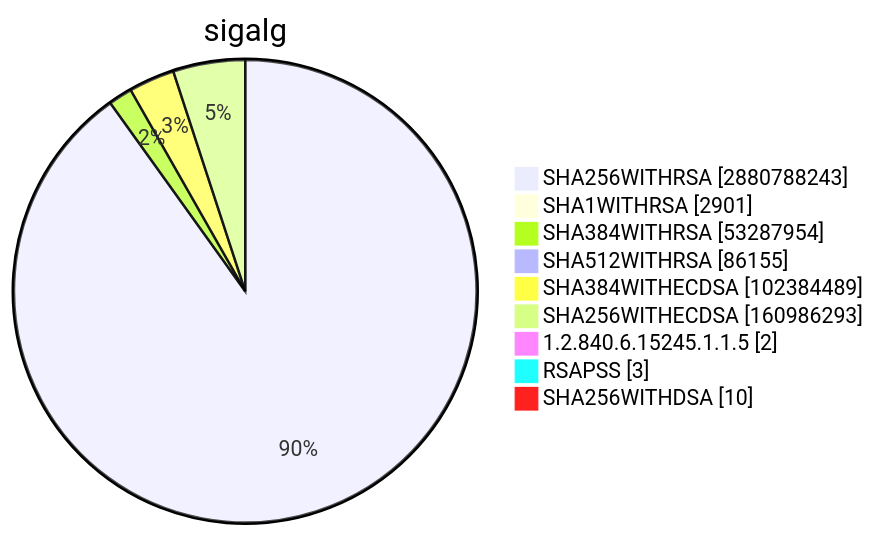
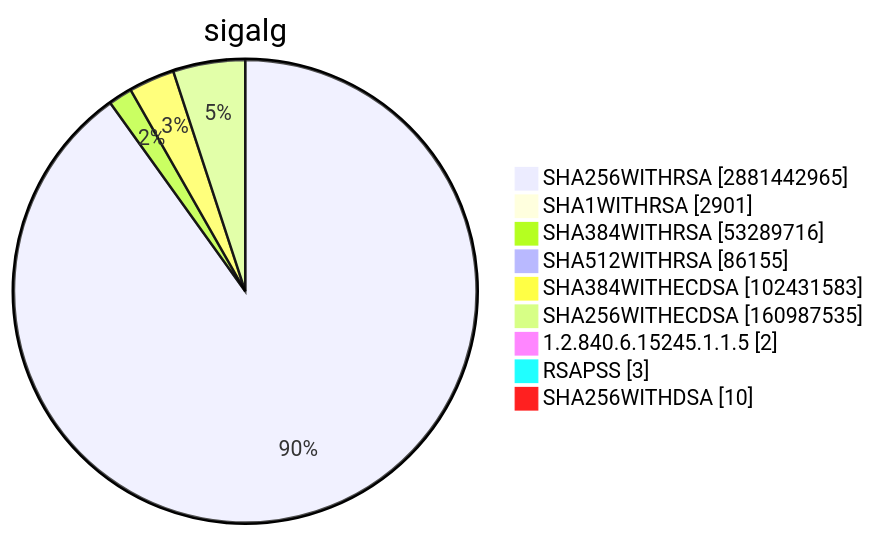
Before and after one commit to christiankrug/ctmonitor_visualization: diagram 15 of 15 in TOTAL/README.md, drawn with Mermaid. The commit also changed other lines of this file, not shown here.

````diff
--- a/TOTAL/README.md
+++ b/TOTAL/README.md
@@ -6207,13 +6207,13 @@
 ```mermaid
 pie showData
 title sigalg
-"SHA256WITHRSA" :2880788243
+"SHA256WITHRSA" :2881442965
 "SHA1WITHRSA" :2901
-"SHA384WITHRSA" :53287954
+"SHA384WITHRSA" :53289716
 "SHA512WITHRSA" :86155
-"SHA384WITHECDSA" :102384489
-"SHA256WITHECDSA" :160986293
+"SHA384WITHECDSA" :102431583
+"SHA256WITHECDSA" :160987535
 "1.2.840.6.15245.1.1.5" :2
 "RSAPSS" :3
 "SHA256WITHDSA" :10
 ```
````
